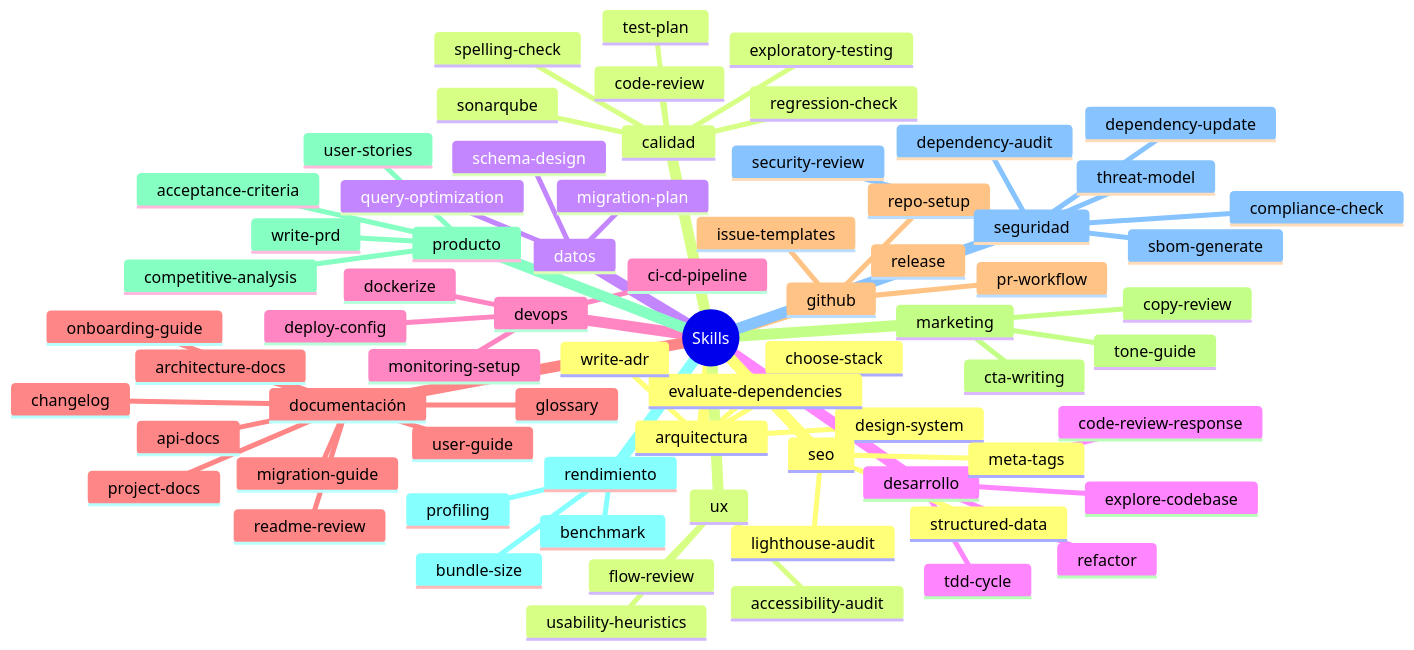
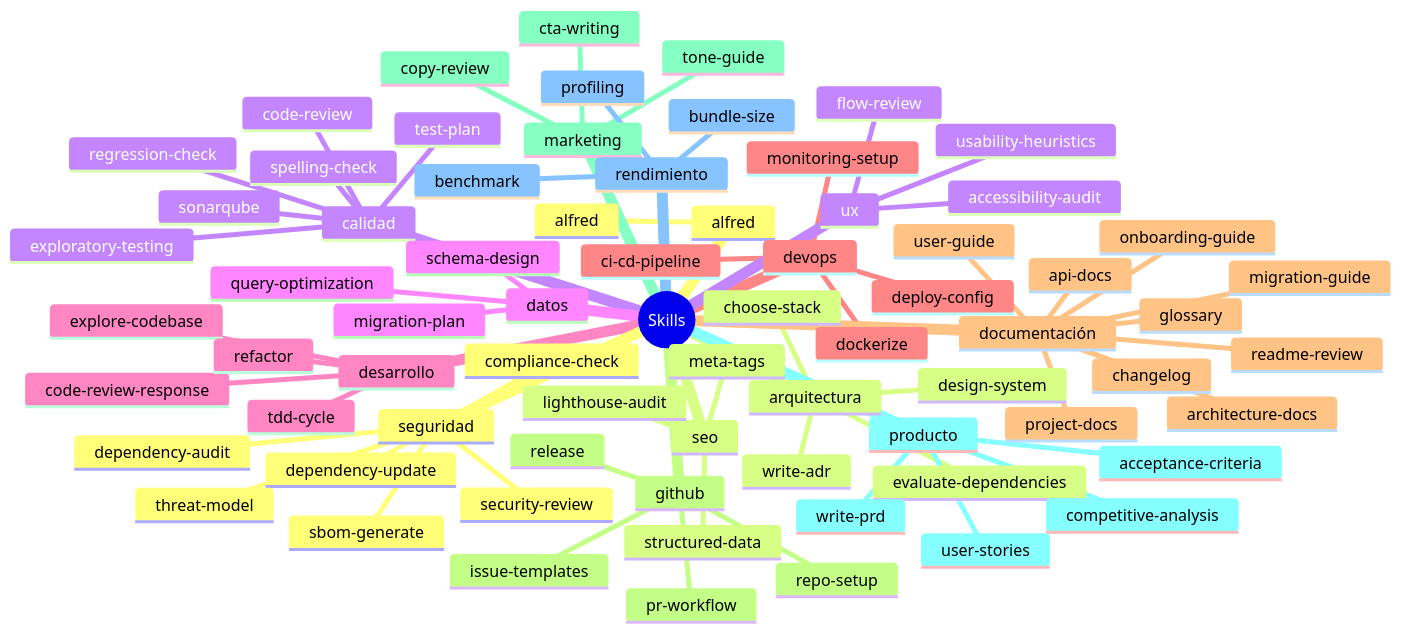
The diagram in docs/skills.md (686f6c61/alfred-dev), drawn with Mermaid before and after one commit. The commit also changed other lines of this file and 126 other files, not shown here.

````diff
--- a/docs/skills.md
+++ b/docs/skills.md
@@ -15,73 +15,75 @@
 ```mermaid
 mindmap
   root((Skills))
+    alfred
+      alfred
     arquitectura
       choose-stack
       design-system
       evaluate-dependencies
       write-adr
     calidad
       code-review
       exploratory-testing
       regression-check
       sonarqube
       spelling-check
       test-plan
     datos
       migration-plan
       query-optimization
       schema-design
     desarrollo
       code-review-response
       explore-codebase
       refactor
       tdd-cycle
     devops
       ci-cd-pipeline
       deploy-config
       dockerize
       monitoring-setup
     documentación
       api-docs
       architecture-docs
       changelog
       glossary
       migration-guide
       onboarding-guide
       project-docs
       readme-review
       user-guide
     github
       issue-templates
       pr-workflow
       release
       repo-setup
     marketing
       copy-review
       cta-writing
       tone-guide
     producto
       acceptance-criteria
       competitive-analysis
       user-stories
       write-prd
     rendimiento
       benchmark
       bundle-size
       profiling
     seguridad
       compliance-check
       dependency-audit
       dependency-update
       sbom-generate
       security-review
       threat-model
     seo
       lighthouse-audit
       meta-tags
       structured-data
     ux
       accessibility-audit
       flow-review
       usability-heuristics
 ```
````
